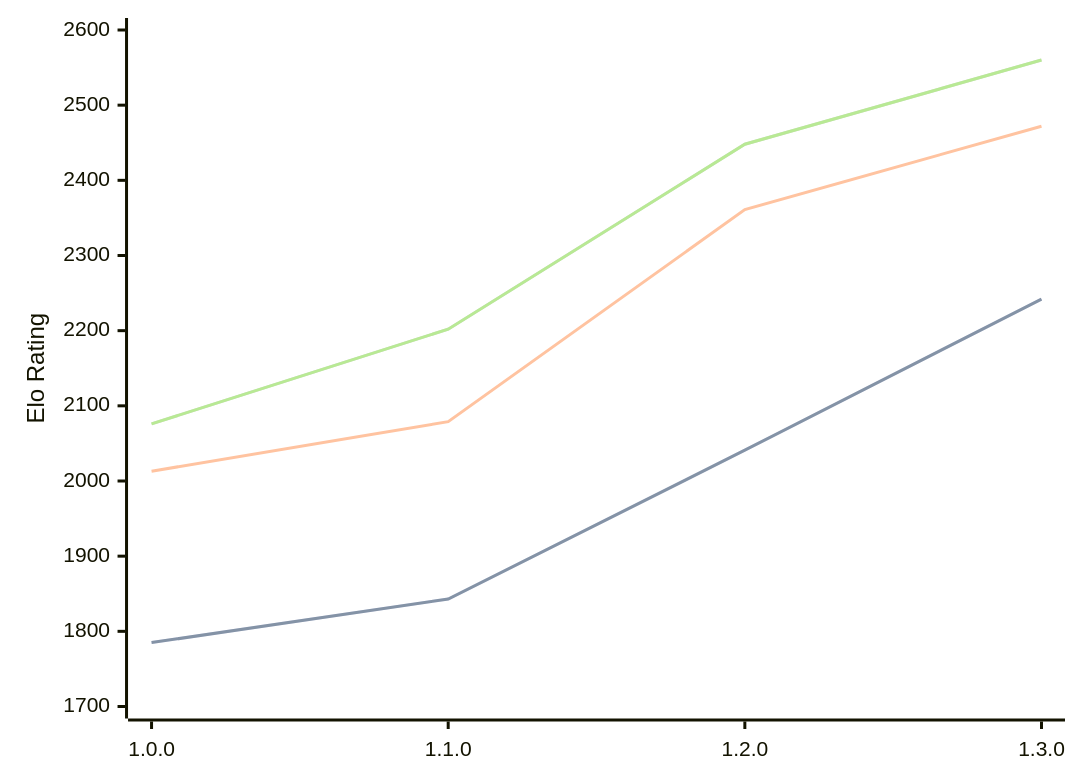
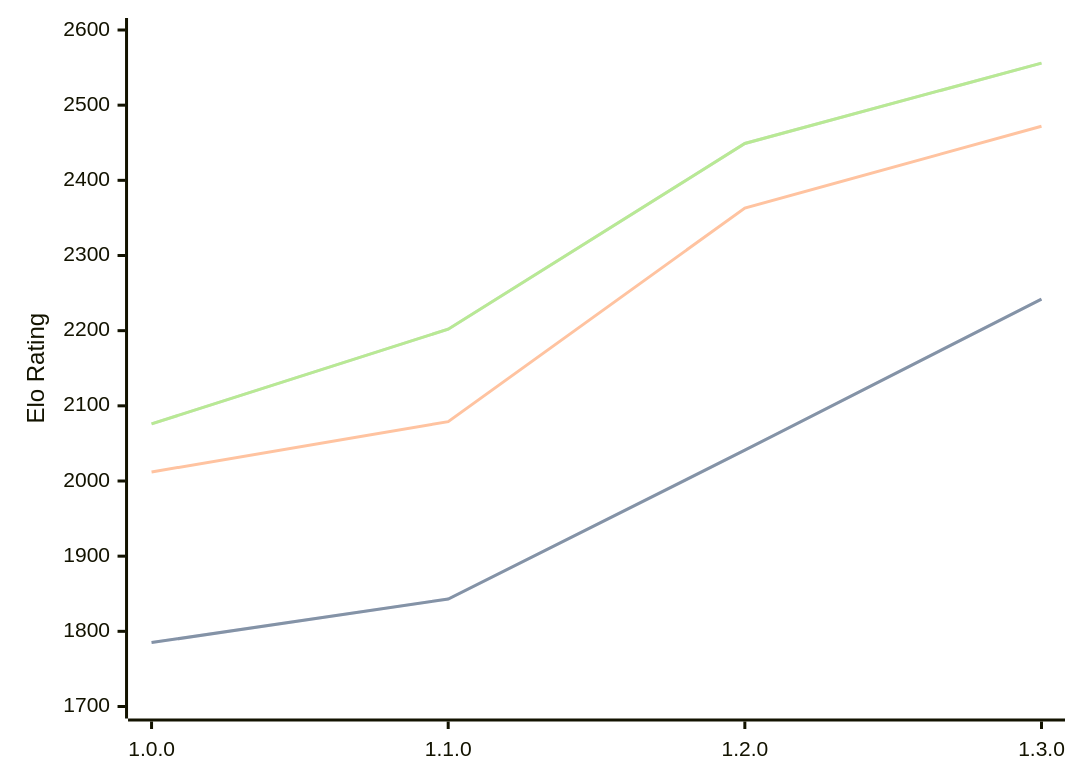
The diagram in engines/Anodos.md (computer-chess-index/cci), drawn with Mermaid before and after one commit. The commit also changed other lines of this file, not shown here.

Commit message:
Update CCI Ratings (ELO VLTC) - 2026-02-26

````diff
--- a/engines/Anodos.md
+++ b/engines/Anodos.md
@@ -43,11 +43,11 @@
 ```mermaid
 %%{init: {"theme":"base","themeVariables":{"seriesColors:['#a3a3a3','#222221','#faa371']}}}%%
 xychart-beta
   x-axis ["1.0.0", "1.1.0", "1.2.0", "1.3.0"]
   y-axis "Elo Rating" 1700 --> 2600
   line "STC (8.0+0.08s)" [1785, 1843, 2041, 2242]
   line "STC (8.0+0.08s)" [1785, 1843, 2041, 2242]
-  line "LTC (60.0+0.60s)" [2013, 2079, 2361, 2472]
-  line "VLTC (2m24s+1.12s)" [2076, 2202, 2448, 2560]
-  line "VLTC (2m24s+1.12s)" [2076, 2202, 2448, 2560]
+  line "LTC (60.0+0.60s)" [2012, 2079, 2363, 2472]
+  line "VLTC (2m24s+1.12s)" [2076, 2202, 2449, 2556]
+  line "VLTC (2m24s+1.12s)" [2076, 2202, 2449, 2556]
 ```
````
